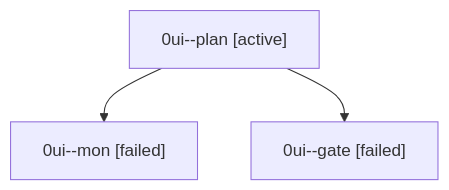
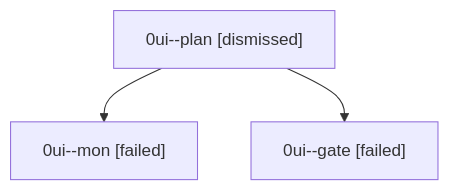
Before and after one commit to bobs-org/bob-cli--agents: the diagram in sessions/bbugyi200.athena.0ui.md, drawn with Mermaid. The commit also changed other lines of this file and 24 other files, not shown here.

````diff
--- a/sessions/bbugyi200.athena.0ui.md
+++ b/sessions/bbugyi200.athena.0ui.md
@@ -9,8 +9,8 @@
 ```mermaid
 flowchart TD
-  n0["0ui--plan [active]"]
+  n0["0ui--plan [dismissed]"]
   n1["0ui--mon [failed]"]
   n0 --> n1
   n2["0ui--gate [failed]"]
   n0 --> n2
 ```
````
